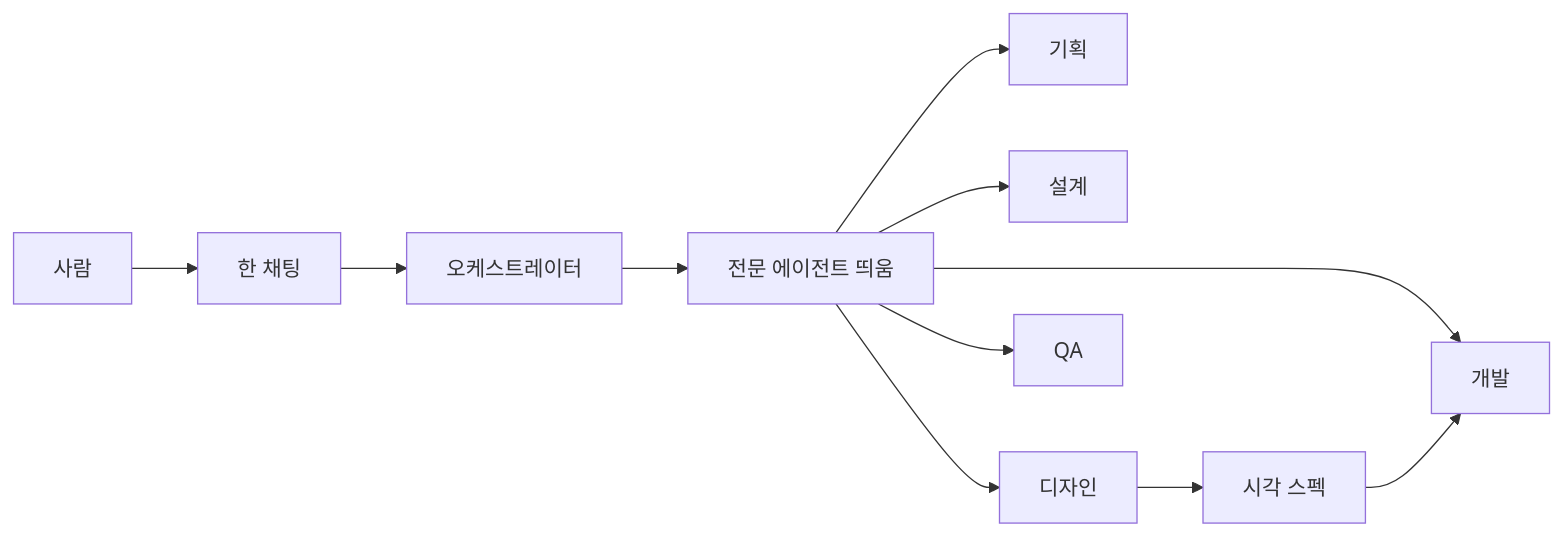
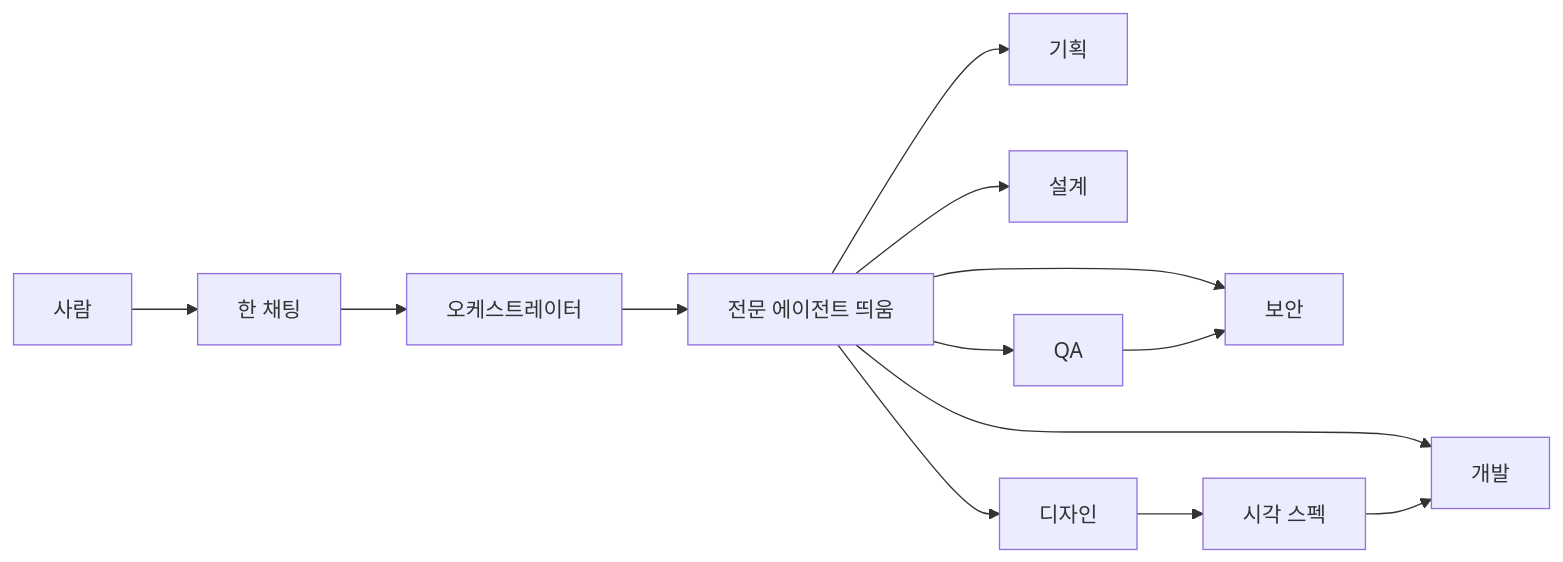
One commit to hojin0921/default_ai changed the diagram in docs/architecture.md. Above: the diagram before and after it, drawn with Mermaid. The commit also changed other lines of this file and 29 other files, not shown here.

````diff
--- a/docs/architecture.md
+++ b/docs/architecture.md
@@ -68,13 +68,15 @@
 ```mermaid
 flowchart LR
   User[사람] --> Chat[한 채팅]
   Chat --> Orch[오케스트레이터]
   Orch --> Spawn[전문 에이전트 띄움]
   Spawn --> PM[기획]
   Spawn --> Arch[설계]
   Spawn --> Des[디자인]
   Spawn --> Dev[개발]
   Spawn --> QA[QA]
+  Spawn --> Sec[보안]
   Des --> Spec[시각 스펙]
   Spec --> Dev
+  QA --> Sec
 ```
````
